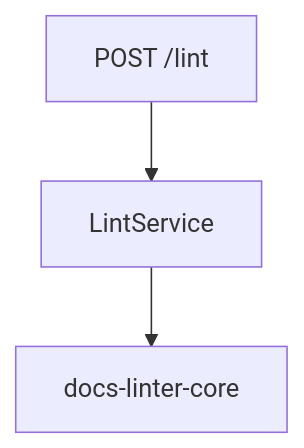
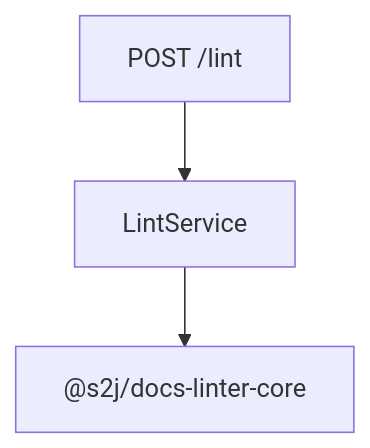
One commit to stein2nd/docs-linter changed the first of 12 diagrams in docsMod/docs_linter_rest.md. Above: the diagram before and after it, drawn with Mermaid. The commit also changed other lines of this file, not shown here.

````diff
--- a/docsMod/docs_linter_rest.md
+++ b/docsMod/docs_linter_rest.md
@@ -29,5 +29,5 @@
 ```mermaid
 flowchart TD
   A["POST /lint"] --> B["LintService"]
-  B --> C["docs-linter-core"]
+  B --> C["`@s2j/docs-linter-core`"]
 ```
````
